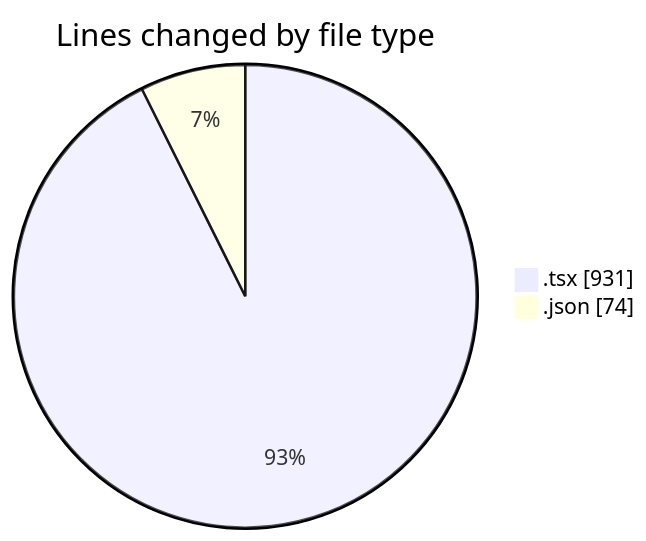
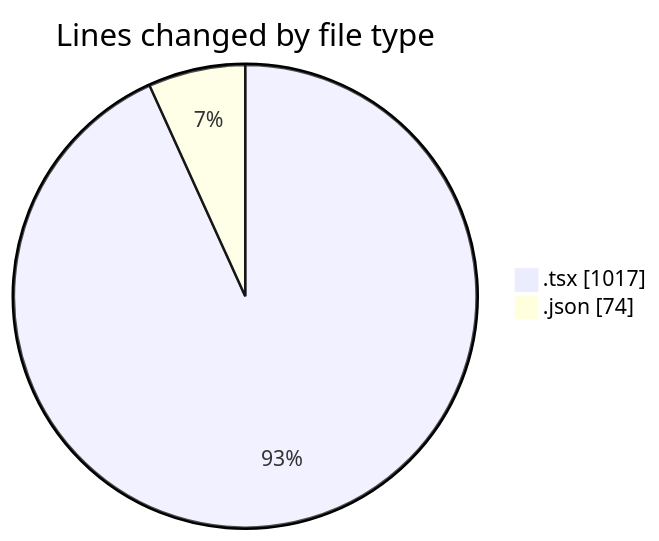
Before and after one commit to momahboobian/code-tracking: the first of 2 diagrams in 2025-04-08/cda/README.md, drawn with Mermaid. The commit also changed other lines of this file and 1 other file, not shown here.

````diff
--- a/2025-04-08/cda/README.md
+++ b/2025-04-08/cda/README.md
@@ -22,6 +22,6 @@
 ```mermaid
 pie showData
 title Lines changed by file type
-".tsx" : 931
+".tsx" : 1017
 ".json" : 74
 ```
````
